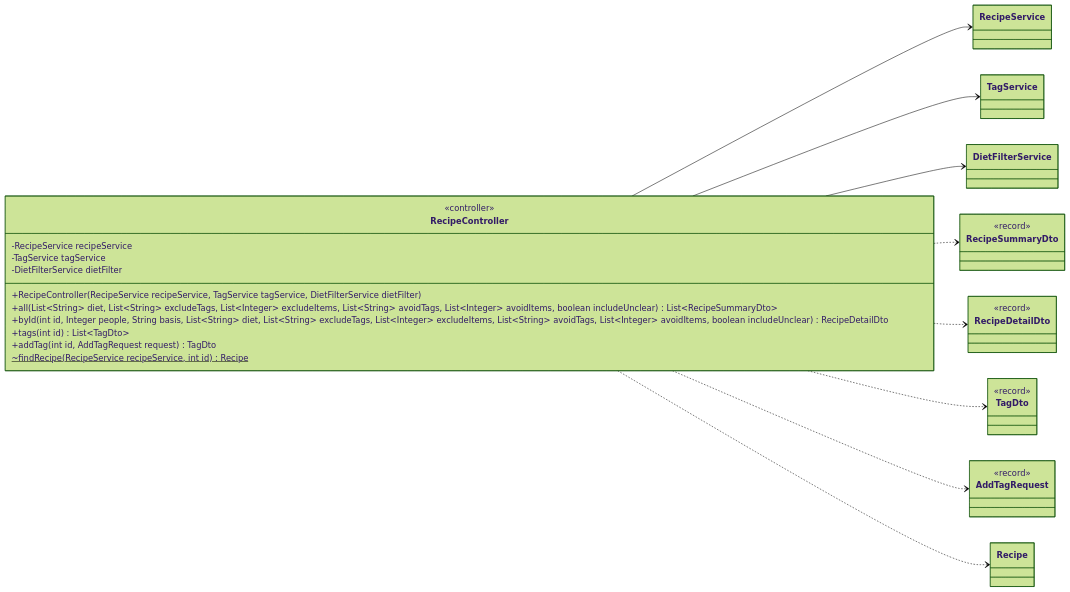
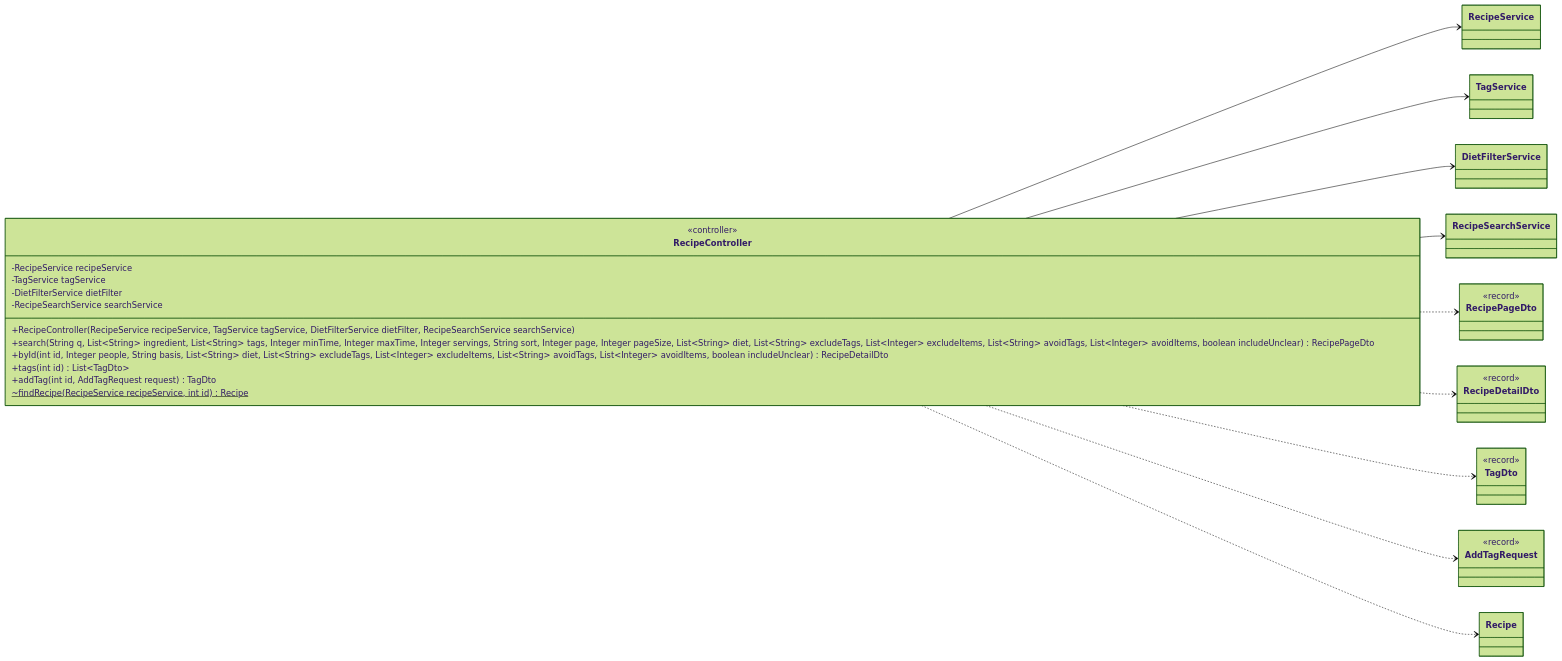
Before and after one commit to Nate-ryan-7690/dahaem: diagram 32 of 52 in docs/classes/api.md, drawn with Mermaid (forest theme). The commit also changed other lines of this file and 35 other files, not shown here.

First line of the commit message:
Recipe search and paging for GET /api/recipes

````diff
--- a/docs/classes/api.md
+++ b/docs/classes/api.md
@@ -1326,40 +1399,43 @@
 ```mermaid
 classDiagram
     direction LR
     class api_RecipeController["RecipeController"] {
         <<controller>>
         -RecipeService recipeService
         -TagService tagService
         -DietFilterService dietFilter
-        +RecipeController(RecipeService recipeService, TagService tagService, DietFilterService dietFilter)
-        +all(List~String~ diet, List~String~ excludeTags, List~Integer~ excludeItems, List~String~ avoidTags, List~Integer~ avoidItems, boolean includeUnclear) List~RecipeSummaryDto~
+        -RecipeSearchService searchService
+        +RecipeController(RecipeService recipeService, TagService tagService, DietFilterService dietFilter, RecipeSearchService searchService)
+        +search(String q, List~String~ ingredient, List~String~ tags, Integer minTime, Integer maxTime, Integer servings, String sort, Integer page, Integer pageSize, List~String~ diet, List~String~ excludeTags, List~Integer~ excludeItems, List~String~ avoidTags, List~Integer~ avoidItems, boolean includeUnclear) RecipePageDto
         +byId(int id, Integer people, String basis, List~String~ diet, List~String~ excludeTags, List~Integer~ excludeItems, List~String~ avoidTags, List~Integer~ avoidItems, boolean includeUnclear) RecipeDetailDto
         +tags(int id) List~TagDto~
         +addTag(int id, AddTagRequest request) TagDto
         ~findRecipe(RecipeService recipeService, int id) Recipe$
     }
     class mealplanner_RecipeService["RecipeService"]
     class tags_TagService["TagService"]
     class diet_DietFilterService["DietFilterService"]
-    class api_RecipeSummaryDto["RecipeSummaryDto"] {
+    class mealplanner_RecipeSearchService["RecipeSearchService"]
+    class api_RecipePageDto["RecipePageDto"] {
         <<record>>
     }
     class api_RecipeDetailDto["RecipeDetailDto"] {
         <<record>>
     }
     class api_TagDto["TagDto"] {
         <<record>>
     }
     class api_AddTagRequest["AddTagRequest"] {
         <<record>>
     }
     class mealplanner_Recipe["Recipe"]
     api_RecipeController --> mealplanner_RecipeService
     api_RecipeController --> tags_TagService
     api_RecipeController --> diet_DietFilterService
-    api_RecipeController ..> api_RecipeSummaryDto
+    api_RecipeController --> mealplanner_RecipeSearchService
+    api_RecipeController ..> api_RecipePageDto
     api_RecipeController ..> api_RecipeDetailDto
     api_RecipeController ..> api_TagDto
     api_RecipeController ..> api_AddTagRequest
     api_RecipeController ..> mealplanner_Recipe
 ```
````
